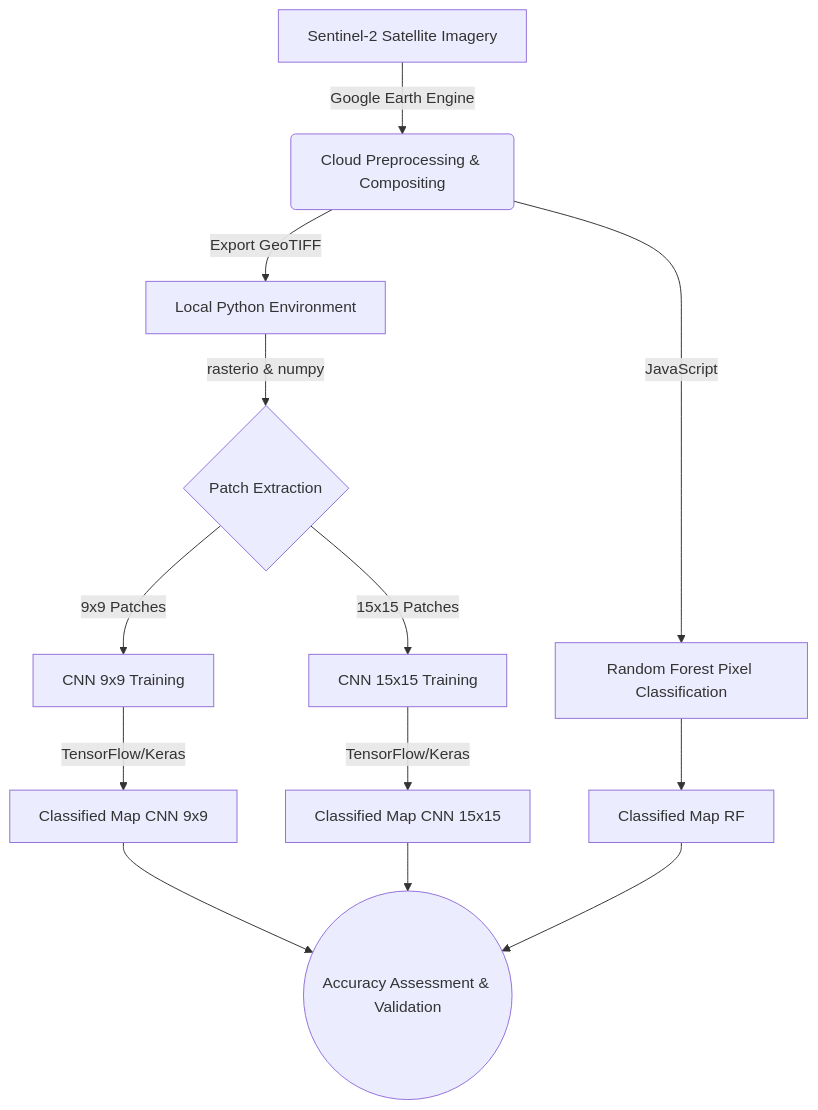
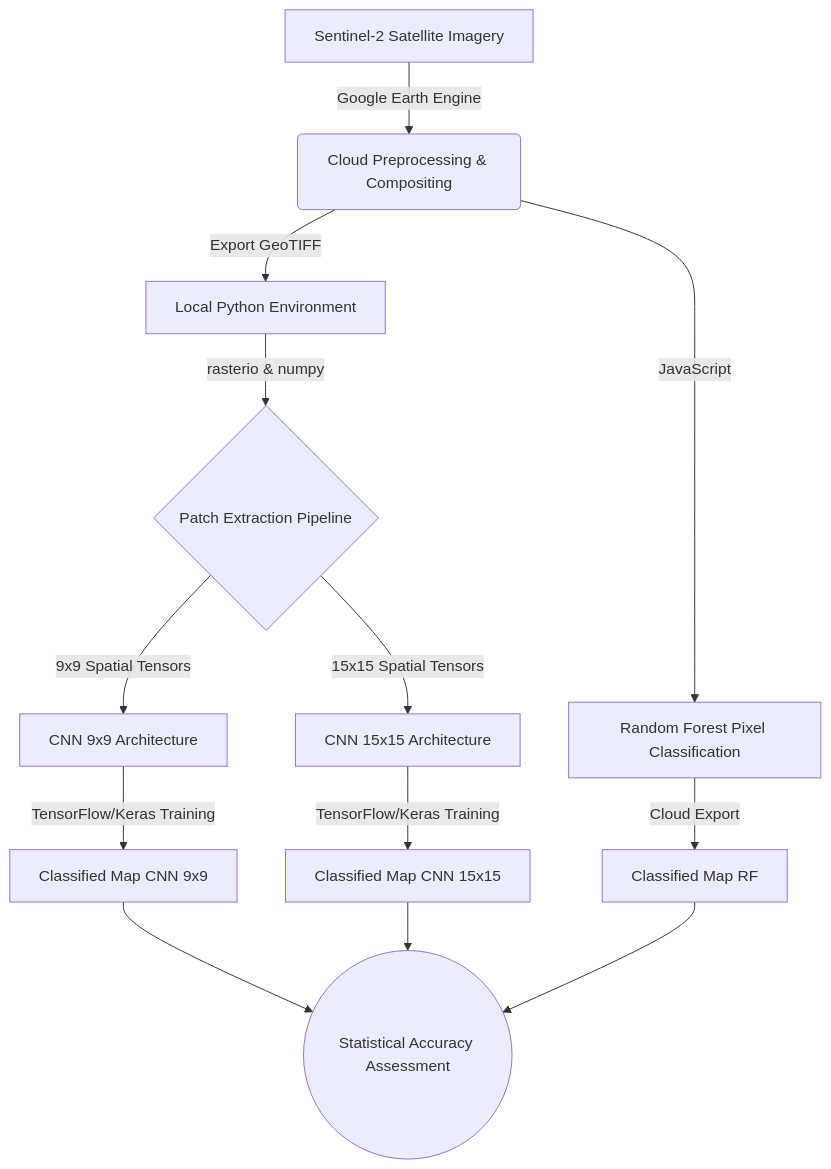
The diagram in docs/manuscript/Chapter_1.md (DaneshSelwal/LULC_Classification_Singrauli_region), drawn with Mermaid before and after one commit. The commit also changed other lines of this file and 4 other files, not shown here.

````diff
--- a/docs/manuscript/Chapter_1.md
+++ b/docs/manuscript/Chapter_1.md
@@ -42,18 +48,18 @@
 ```mermaid
 graph TD
     A[Sentinel-2 Satellite Imagery] -->|Google Earth Engine| B(Cloud Preprocessing & Compositing)
     B -->|JavaScript| C[Random Forest Pixel Classification]
     B -->|Export GeoTIFF| D[Local Python Environment]
 
-    D -->|rasterio & numpy| E{Patch Extraction}
-    E -->|9x9 Patches| F[CNN 9x9 Training]
-    E -->|15x15 Patches| G[CNN 15x15 Training]
+    D -->|rasterio & numpy| E{Patch Extraction Pipeline}
+    E -->|9x9 Spatial Tensors| F[CNN 9x9 Architecture]
+    E -->|15x15 Spatial Tensors| G[CNN 15x15 Architecture]
 
-    F -->|TensorFlow/Keras| H[Classified Map CNN 9x9]
-    G -->|TensorFlow/Keras| I[Classified Map CNN 15x15]
-    C --> J[Classified Map RF]
+    F -->|TensorFlow/Keras Training| H[Classified Map CNN 9x9]
+    G -->|TensorFlow/Keras Training| I[Classified Map CNN 15x15]
+    C -->|Cloud Export| J[Classified Map RF]
 
-    H --> K((Accuracy Assessment & Validation))
+    H --> K((Statistical Accuracy Assessment))
     I --> K
     J --> K
 ```
````
